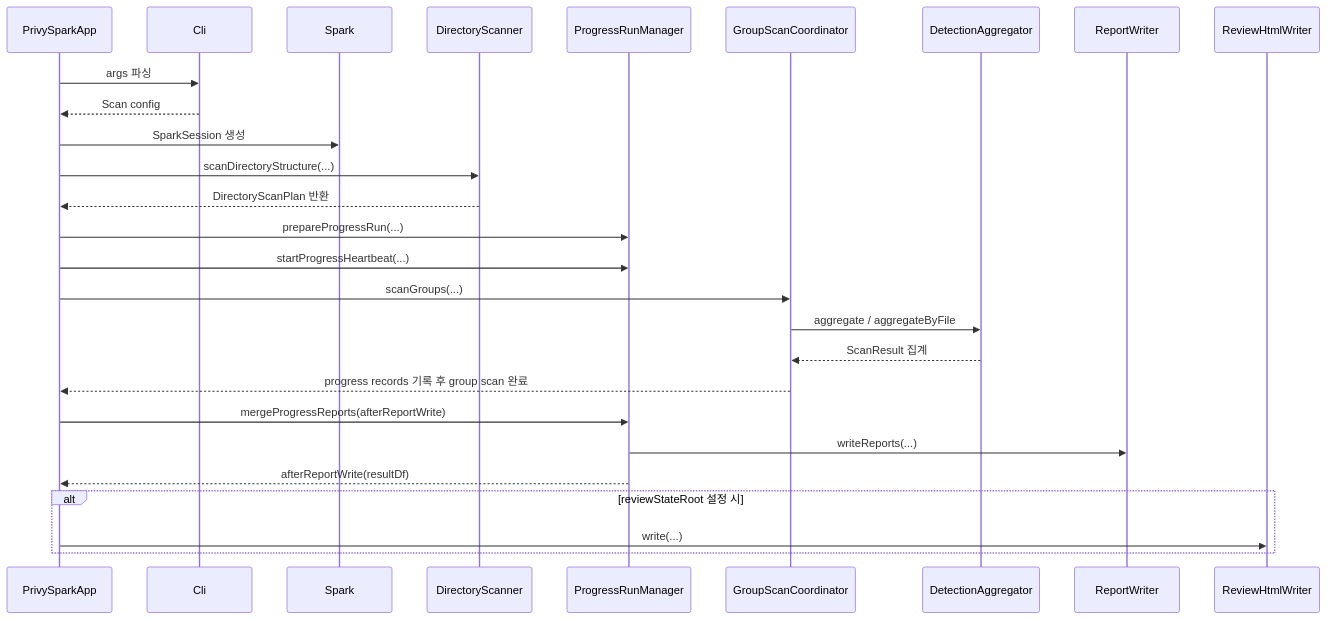
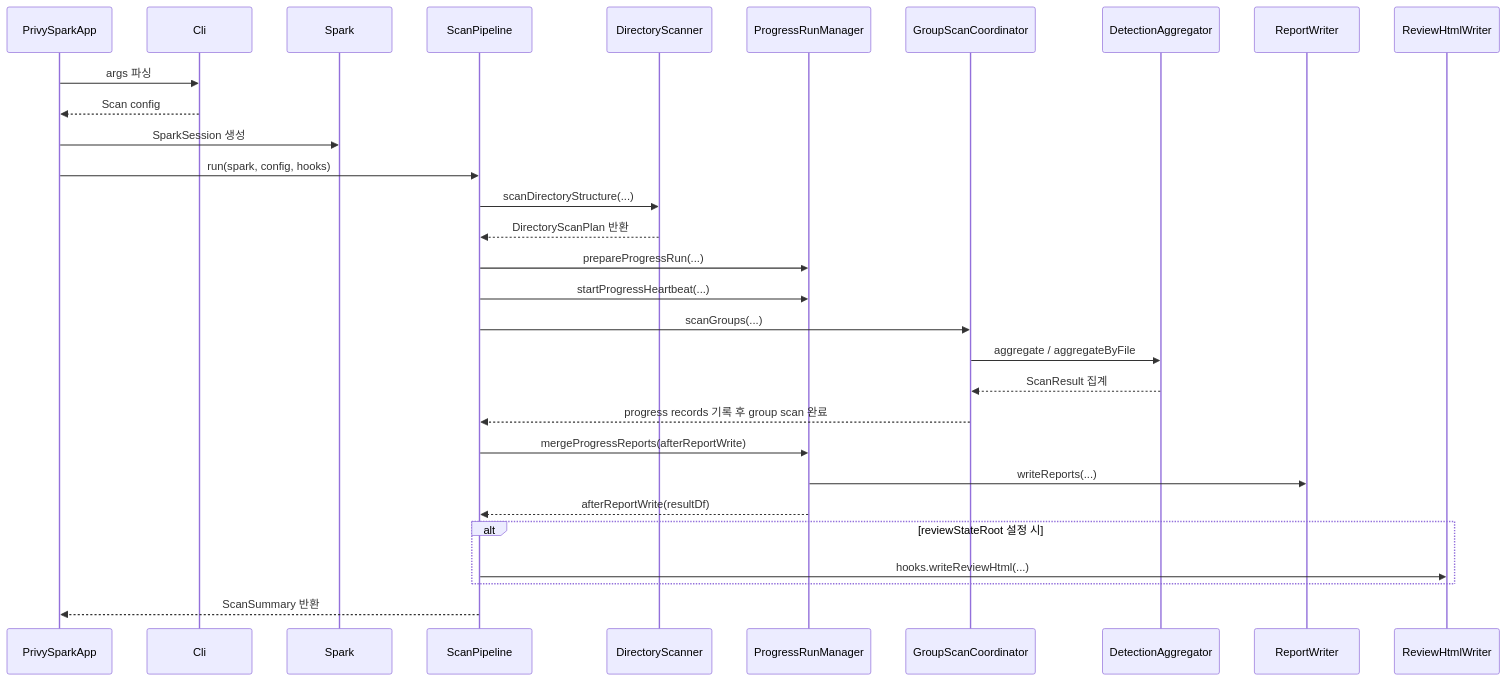
Before and after one commit to jonggeun2001/PrivySpark: the second of 2 diagrams in docs/ko/architecture/overview.md, drawn with Mermaid. The commit also changed other lines of this file and 7 other files, not shown here.

````diff
--- a/docs/ko/architecture/overview.md
+++ b/docs/ko/architecture/overview.md
@@ -100,30 +96,33 @@
 ```mermaid
 sequenceDiagram
   participant PrivySparkApp
   participant CliParser as Cli
   participant Spark
+  participant ScanPipeline
   participant DirectoryScanner
   participant ProgressRunManager
   participant GroupScanCoordinator
   participant DetectionAggregator
   participant ReportWriter
   participant ReviewHtmlWriter
 
   PrivySparkApp->>CliParser: args 파싱
   CliParser-->>PrivySparkApp: Scan config
   PrivySparkApp->>Spark: SparkSession 생성
-  PrivySparkApp->>DirectoryScanner: scanDirectoryStructure(...)
-  DirectoryScanner-->>PrivySparkApp: DirectoryScanPlan 반환
-  PrivySparkApp->>ProgressRunManager: prepareProgressRun(...)
-  PrivySparkApp->>ProgressRunManager: startProgressHeartbeat(...)
-  PrivySparkApp->>GroupScanCoordinator: scanGroups(...)
+  PrivySparkApp->>ScanPipeline: run(spark, config, hooks)
+  ScanPipeline->>DirectoryScanner: scanDirectoryStructure(...)
+  DirectoryScanner-->>ScanPipeline: DirectoryScanPlan 반환
+  ScanPipeline->>ProgressRunManager: prepareProgressRun(...)
+  ScanPipeline->>ProgressRunManager: startProgressHeartbeat(...)
+  ScanPipeline->>GroupScanCoordinator: scanGroups(...)
   GroupScanCoordinator->>DetectionAggregator: aggregate / aggregateByFile
   DetectionAggregator-->>GroupScanCoordinator: ScanResult 집계
-  GroupScanCoordinator-->>PrivySparkApp: progress records 기록 후 group scan 완료
-  PrivySparkApp->>ProgressRunManager: mergeProgressReports(afterReportWrite)
+  GroupScanCoordinator-->>ScanPipeline: progress records 기록 후 group scan 완료
+  ScanPipeline->>ProgressRunManager: mergeProgressReports(afterReportWrite)
   ProgressRunManager->>ReportWriter: writeReports(...)
-  ProgressRunManager-->>PrivySparkApp: afterReportWrite(resultDf)
+  ProgressRunManager-->>ScanPipeline: afterReportWrite(resultDf)
   alt reviewStateRoot 설정 시
-    PrivySparkApp->>ReviewHtmlWriter: write(...)
+    ScanPipeline->>ReviewHtmlWriter: hooks.writeReviewHtml(...)
   end
+  ScanPipeline-->>PrivySparkApp: ScanSummary 반환
 ```
````
